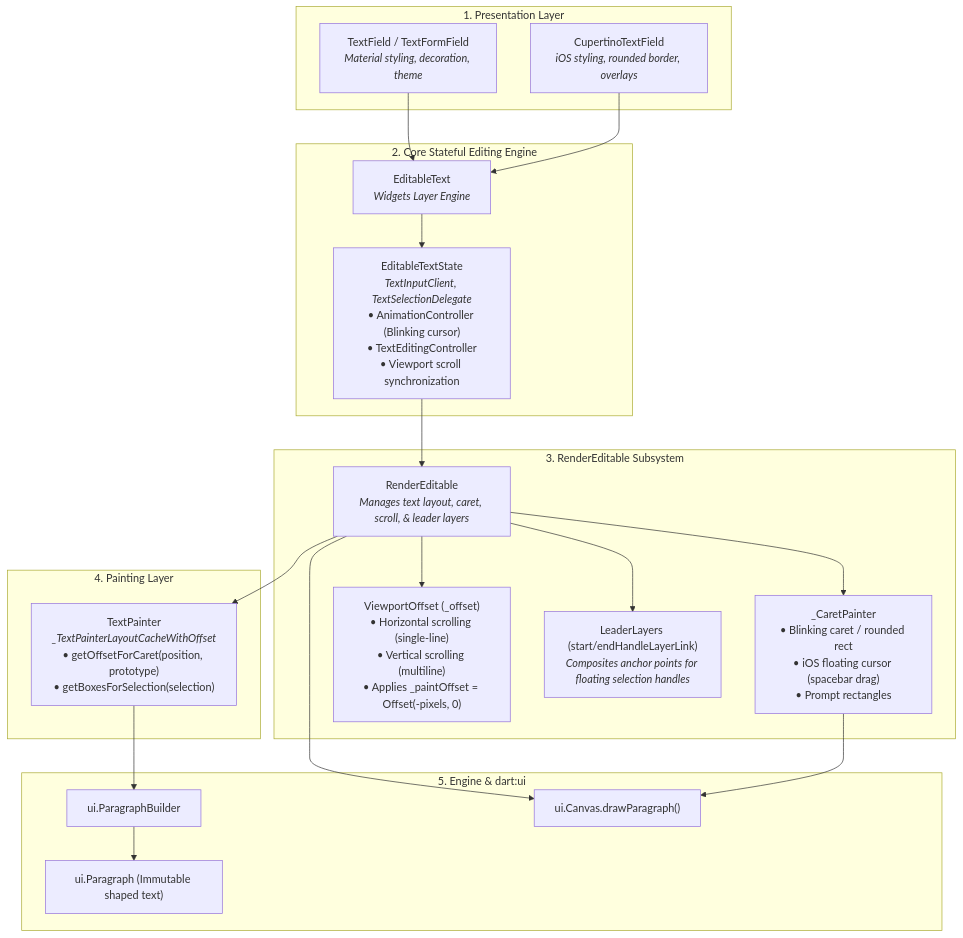
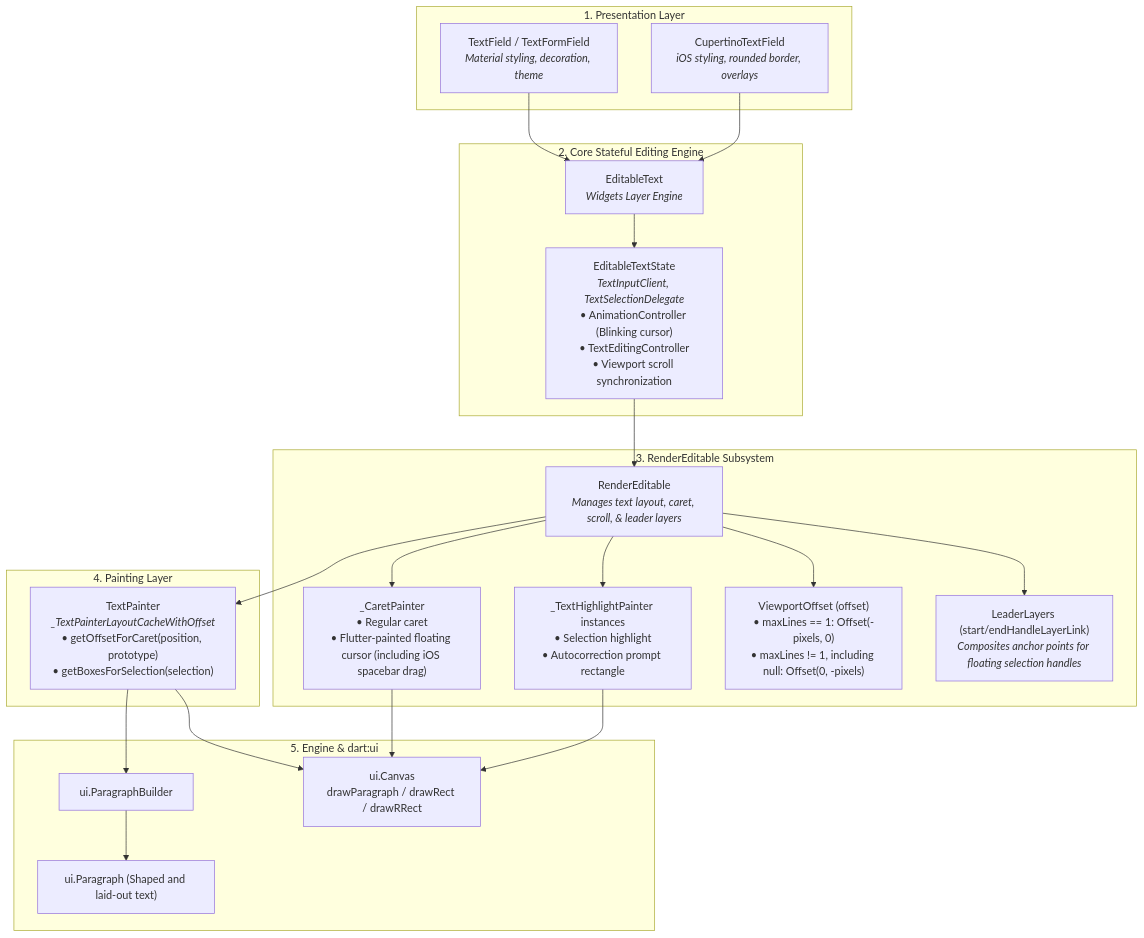
The second of 3 diagrams in .agents/skills/flutter-text-domain-expert/references/editable_text_pipeline.md (Renzo-Olivares/flutter), drawn with Mermaid before and after one commit. The commit also changed other lines of this file and 5 other files, not shown here.

Commit message:
correct hallucinations in flutter-text-domain-expert skill

````diff
--- a/.agents/skills/flutter-text-domain-expert/references/editable_text_pipeline.md
+++ b/.agents/skills/flutter-text-domain-expert/references/editable_text_pipeline.md
@@ -434,42 +437,45 @@
 ```mermaid
 graph TD
     subgraph Presentation_Widgets ["1. Presentation Layer"]
         M_TF["TextField / TextFormField<br/><i>Material styling, decoration, theme</i>"]
         C_TF["CupertinoTextField<br/><i>iOS styling, rounded border, overlays</i>"]
     end
 
     subgraph Core_Widget_State ["2. Core Stateful Editing Engine"]
         ET["EditableText<br/><i>Widgets Layer Engine</i>"]
         ETS["EditableTextState<br/><i>TextInputClient, TextSelectionDelegate</i><br/>• AnimationController (Blinking cursor)<br/>• TextEditingController<br/>• Viewport scroll synchronization"]
     end
 
     subgraph Render_Object ["3. RenderEditable Subsystem"]
         RE["RenderEditable<br/><i>Manages text layout, caret, scroll, & leader layers</i>"]
-        CP["_CaretPainter<br/>• Blinking caret / rounded rect<br/>• iOS floating cursor (spacebar drag)<br/>• Prompt rectangles"]
-        VO["ViewportOffset (_offset)<br/>• Horizontal scrolling (single-line)<br/>• Vertical scrolling (multiline)<br/>• Applies _paintOffset = Offset(-pixels, 0)"]
+        CP["_CaretPainter<br/>• Regular caret<br/>• Flutter-painted floating cursor (including iOS spacebar drag)"]
+        HP["_TextHighlightPainter instances<br/>• Selection highlight<br/>• Autocorrection prompt rectangle"]
+        VO["ViewportOffset (offset)<br/>• maxLines == 1: Offset(-pixels, 0)<br/>• maxLines != 1, including null: Offset(0, -pixels)"]
         LL["LeaderLayers (start/endHandleLayerLink)<br/><i>Composites anchor points for floating selection handles</i>"]
     end
 
     subgraph Painting_Engine ["4. Painting Layer"]
         TP["TextPainter<br/><i>_TextPainterLayoutCacheWithOffset</i><br/>• getOffsetForCaret(position, prototype)<br/>• getBoxesForSelection(selection)"]
     end
 
     subgraph Native_Engine ["5. Engine & dart:ui"]
         PB["ui.ParagraphBuilder"]
-        P["ui.Paragraph (Immutable shaped text)"]
-        Canvas["ui.Canvas.drawParagraph()"]
+        P["ui.Paragraph (Shaped and laid-out text)"]
+        Canvas["ui.Canvas<br/>drawParagraph / drawRect / drawRRect"]
     end
 
     M_TF --> ET
     C_TF --> ET
     ET --> ETS
     ETS --> RE
     RE --> CP
+    RE --> HP
     RE --> VO
     RE --> LL
     RE --> TP
     TP --> PB
     PB --> P
-    RE --> Canvas
+    TP --> Canvas
     CP --> Canvas
+    HP --> Canvas
 ```
````
